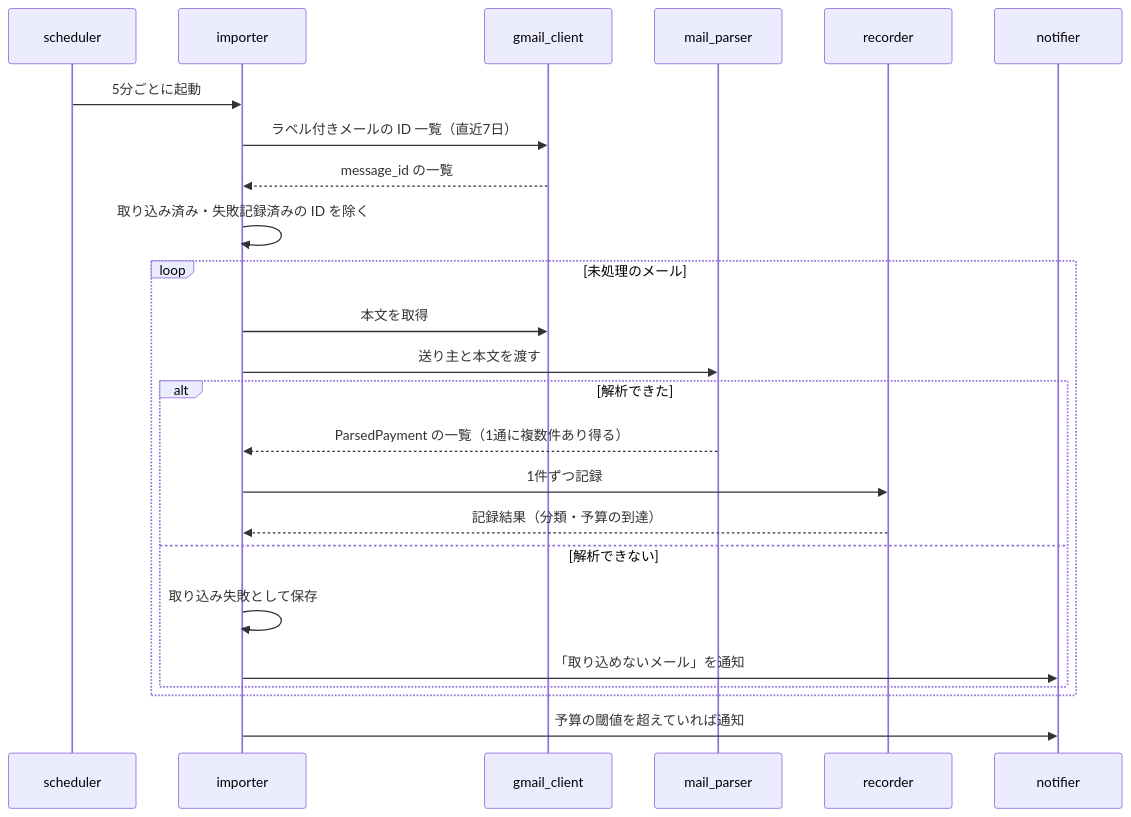
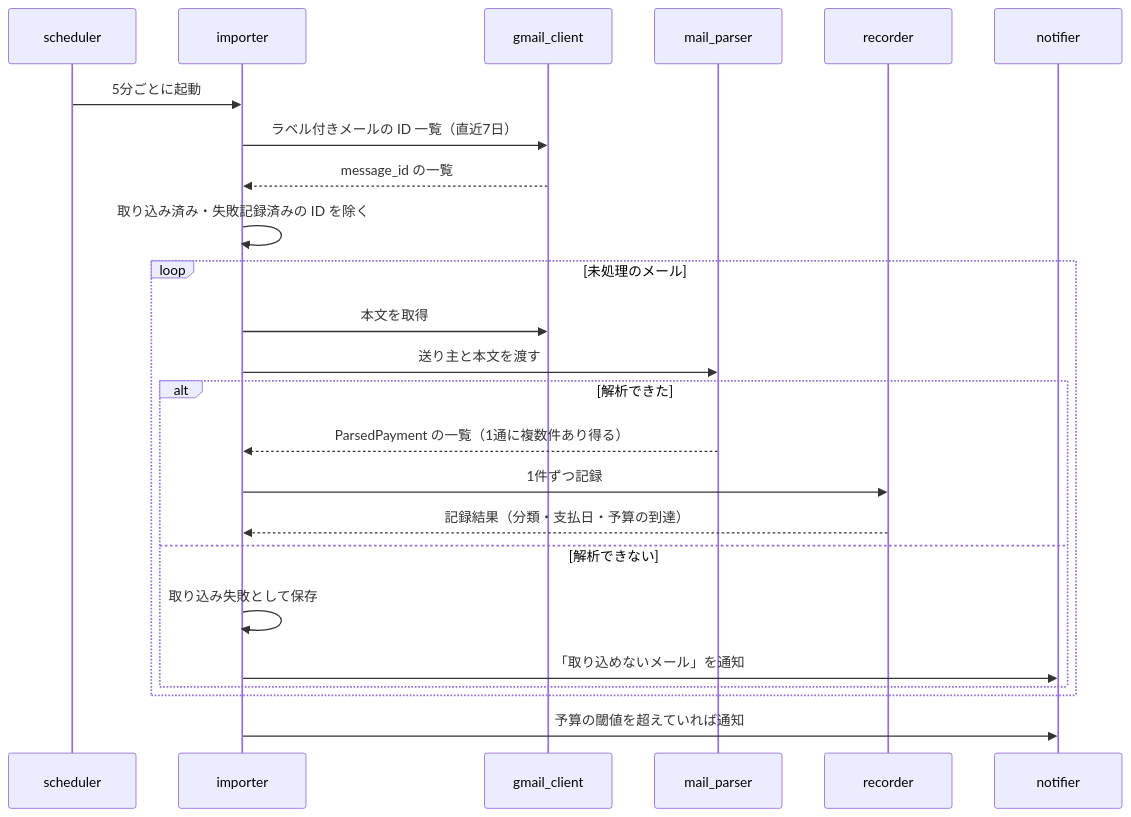
One commit to Yokochi513/Tsukena changed the second of 4 diagrams in docs/design.md. Above: the diagram before and after it, drawn with Mermaid. The commit also changed other lines of this file and 4 other files, not shown here.

````diff
--- a/docs/design.md
+++ b/docs/design.md
@@ -72,27 +74,27 @@
 ```mermaid
 sequenceDiagram
     participant S as scheduler
     participant I as importer
     participant G as gmail_client
     participant P as mail_parser
     participant R as recorder
     participant N as notifier
 
     S->>I: 5分ごとに起動
     I->>G: ラベル付きメールの ID 一覧（直近7日）
     G-->>I: message_id の一覧
     I->>I: 取り込み済み・失敗記録済みの ID を除く
     loop 未処理のメール
         I->>G: 本文を取得
         I->>P: 送り主と本文を渡す
         alt 解析できた
             P-->>I: ParsedPayment の一覧（1通に複数件あり得る）
             I->>R: 1件ずつ記録
-            R-->>I: 記録結果（分類・予算の到達）
+            R-->>I: 記録結果（分類・支払日・予算の到達）
         else 解析できない
             I->>I: 取り込み失敗として保存
             I->>N: 「取り込めないメール」を通知
         end
     end
     I->>N: 予算の閾値を超えていれば通知
 ```
````
